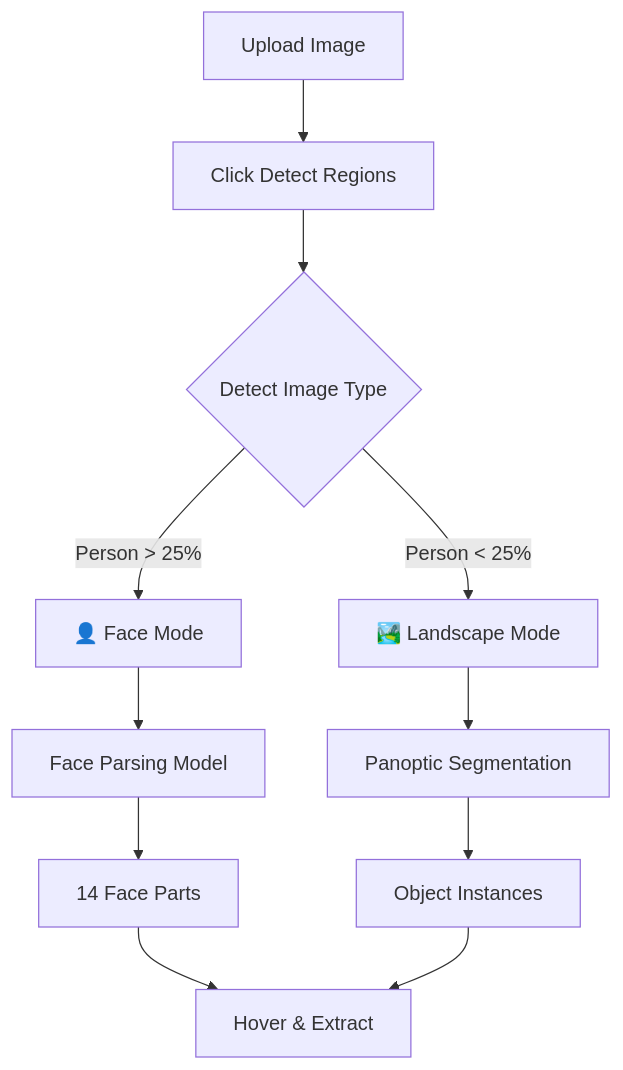
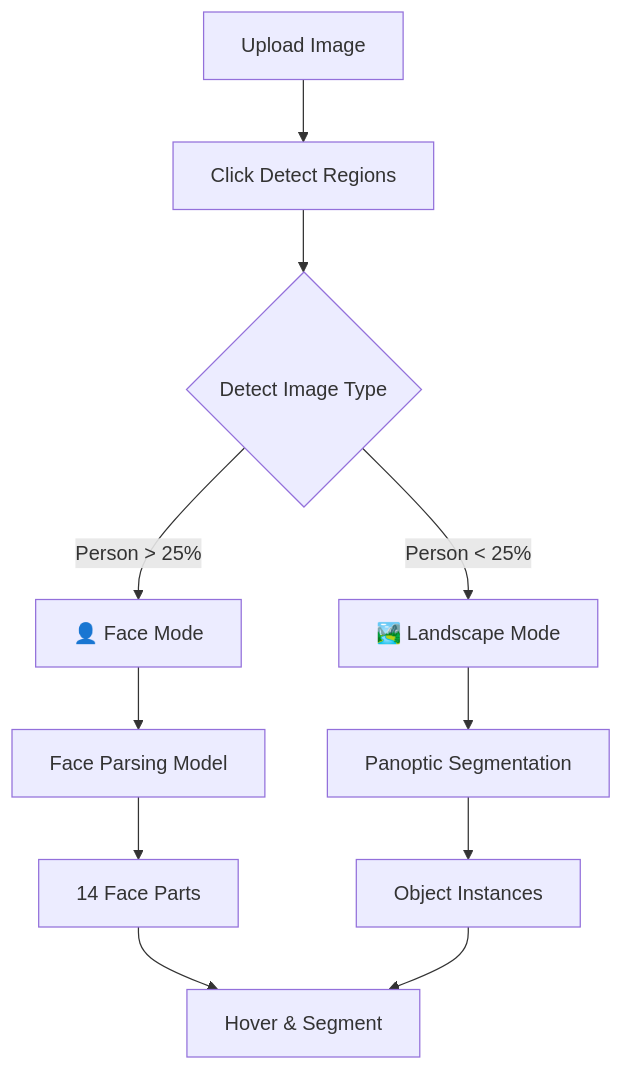
Before and after one commit to rahulyoffc-work/Segmentation-Art: the diagram in README.md, drawn with Mermaid. The commit also changed other lines of this file and 5 other files, not shown here.

First line of the commit message:
Rebrand from Extract Art to Segment Art

````diff
--- a/README.md
+++ b/README.md
@@ -196,13 +196,13 @@
 ```mermaid
 graph TD
     A[Upload Image] --> B[Click Detect Regions]
     B --> C{Detect Image Type}
     C -->|Person > 25%| D[👤 Face Mode]
     C -->|Person < 25%| E[🏞️ Landscape Mode]
     D --> F[Face Parsing Model]
     E --> G[Panoptic Segmentation]
     F --> H[14 Face Parts]
     G --> I[Object Instances]
-    H --> J[Hover & Extract]
+    H --> J[Hover & Segment]
     I --> J
 ```
````
